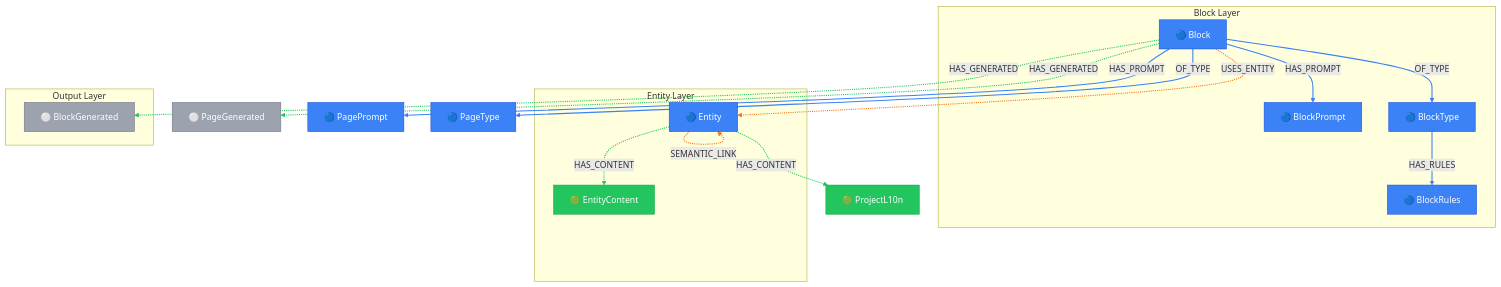
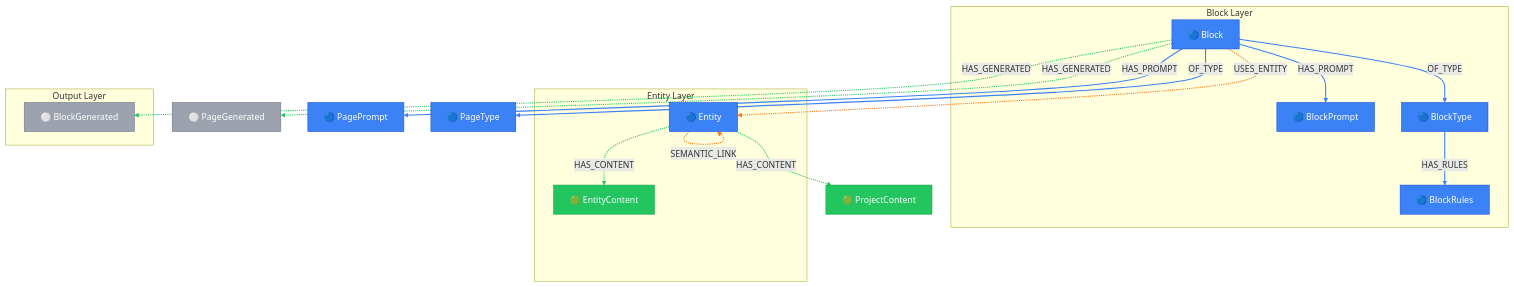
Before and after one commit to supernovae-st/novanet: the diagram in packages/core/models/docs/block-generation.md, drawn with Mermaid. The commit also changed 36 other files, not shown here.

First line of the commit message:
refactor(v11): rename ProjectL10n → ProjectContent for consistency

````diff
--- a/packages/core/models/docs/block-generation.md
+++ b/packages/core/models/docs/block-generation.md
@@ -26,65 +26,65 @@
 ```mermaid
 flowchart TB
   %% View: Block Generation Context (block-generation)
   %% 11 nodes, 11 arcs
 
   %% Trait styling (node_trait)
   classDef invariant fill:#3b82f6,stroke:#1d4ed8,color:#fff
   classDef localized fill:#22c55e,stroke:#16a34a,color:#fff
   classDef knowledge fill:#8b5cf6,stroke:#7c3aed,color:#fff
   classDef derived fill:#9ca3af,stroke:#6b7280,color:#fff
   classDef job fill:#6b7280,stroke:#4b5563,color:#fff
 
   subgraph BLOCK_LAYER["Block Layer"]
     Block["🔵 Block"]
     BlockPrompt["🔵 BlockPrompt"]
     BlockType["🔵 BlockType"]
     BlockRules["🔵 BlockRules"]
   end
 
   subgraph ENTITY_LAYER["Entity Layer"]
     Entity["🔵 Entity"]
     EntityContent["🟢 EntityContent"]
   end
 
   subgraph OUTPUT_LAYER["Output Layer"]
     BlockGenerated["⚪ BlockGenerated"]
   end
 
   %% Additional reachable nodes
   PageGenerated["⚪ PageGenerated"]
   PagePrompt["🔵 PagePrompt"]
   PageType["🔵 PageType"]
-  ProjectL10n["🟢 ProjectL10n"]
+  ProjectContent["🟢 ProjectContent"]
 
   %% Relationships (styled by arc family)
   Block -.->|HAS_GENERATED| BlockGenerated
   Block -.->|HAS_GENERATED| PageGenerated
   Block -->|HAS_PROMPT| BlockPrompt
   Block -->|HAS_PROMPT| PagePrompt
   Block -->|OF_TYPE| BlockType
   Block -->|OF_TYPE| PageType
   Block -.->|USES_ENTITY| Entity
   BlockType -->|HAS_RULES| BlockRules
   Entity -.->|HAS_CONTENT| EntityContent
-  Entity -.->|HAS_CONTENT| ProjectL10n
+  Entity -.->|HAS_CONTENT| ProjectContent
   Entity -.->|SEMANTIC_LINK| Entity
 
   %% Arc colors by family
   linkStyle 0,1,8,9 stroke:#22c55e,stroke-width:2px
   linkStyle 2,3,4,5,7 stroke:#3b82f6,stroke-width:2px
   linkStyle 6,10 stroke:#f97316,stroke-width:2px
 
   %% Class assignments
   class Block invariant
   class BlockGenerated derived
   class BlockPrompt invariant
   class BlockRules invariant
   class BlockType invariant
   class Entity invariant
   class EntityContent localized
   class PageGenerated derived
   class PagePrompt invariant
   class PageType invariant
-  class ProjectL10n localized
+  class ProjectContent localized
 ```
````
